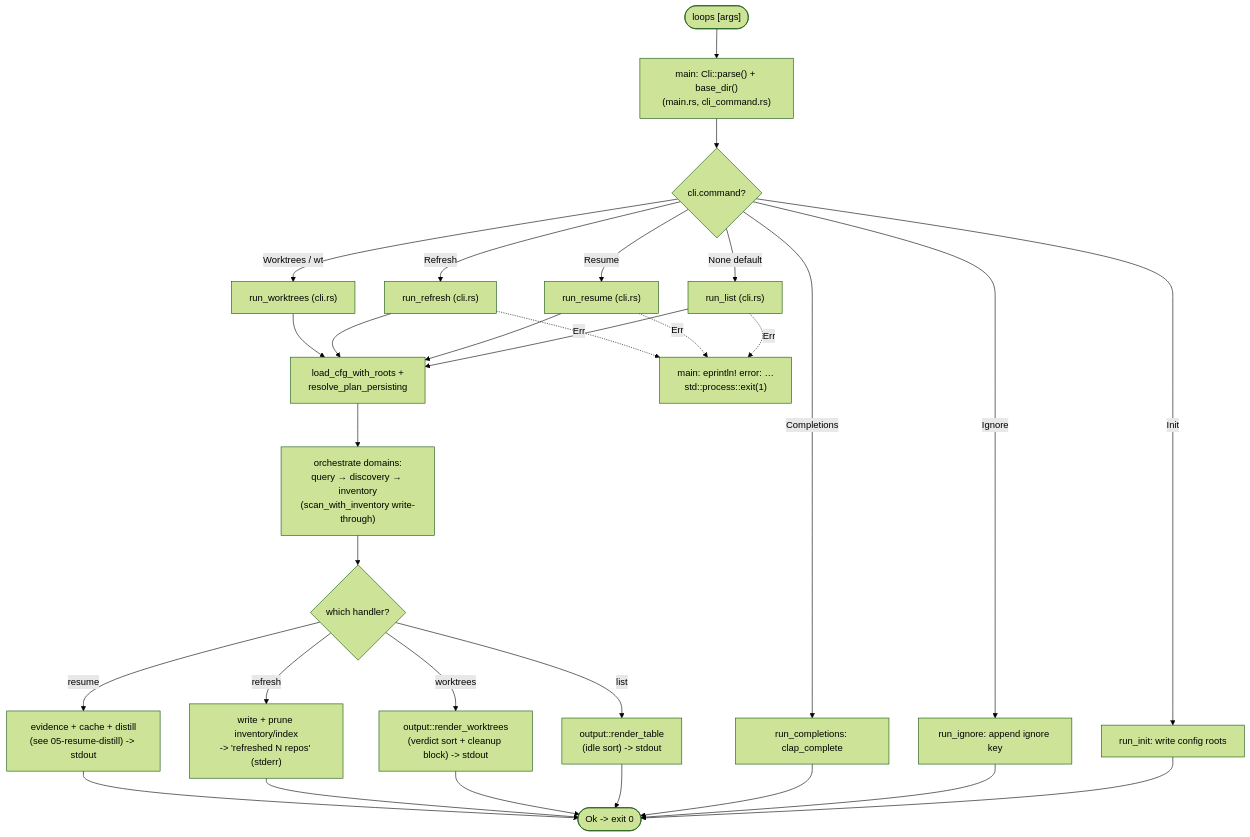
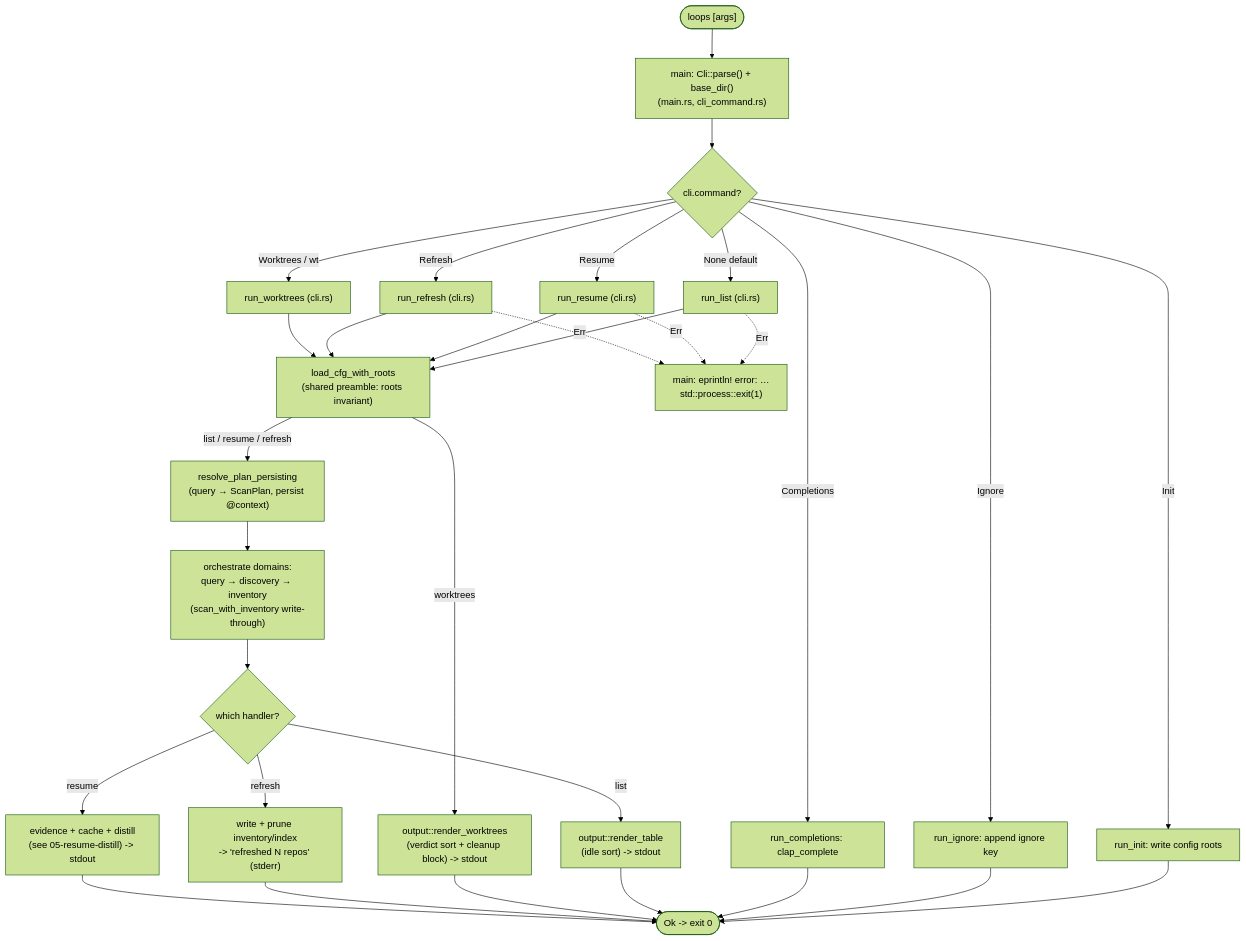
The diagram in docs/architecture/08-cli-output.md (carvalhosauro/open-loops), drawn with Mermaid (forest theme) before and after one commit. The commit also changed other lines of this file, not shown here.

Commit message:
docs(arch): address review fixes for cli-output
Split the Main flow Mermaid preamble node so it reflects the real
control flow: all four scanning handlers pass through load_cfg_with_roots,
but only list/resume/refresh continue into resolve_plan_persisting, while
worktrees branches straight to render_worktrees (run_worktrees never calls
resolve_plan_persisting). Also point the Domain map cli_command.rs link at
the `pub struct Cli` declaration (:8) so the line agrees with the
description and the References section.

````diff
--- a/docs/architecture/08-cli-output.md
+++ b/docs/architecture/08-cli-output.md
@@ -102,38 +102,40 @@
 ```mermaid
 flowchart TD
     proc(["loops [args]"]) --> parse["main: Cli::parse() + base_dir()<br/>(main.rs, cli_command.rs)"]
     parse --> dispatch{cli.command?}
 
     dispatch -->|None default| list["run_list (cli.rs)"]
     dispatch -->|Init| init["run_init: write config roots"]
     dispatch -->|Resume| resume["run_resume (cli.rs)"]
     dispatch -->|Ignore| ignore["run_ignore: append ignore key"]
     dispatch -->|Worktrees / wt| wt["run_worktrees (cli.rs)"]
     dispatch -->|Completions| comp["run_completions: clap_complete"]
     dispatch -->|Refresh| refresh["run_refresh (cli.rs)"]
 
-    list --> preamble["load_cfg_with_roots +<br/>resolve_plan_persisting"]
-    resume --> preamble
-    refresh --> preamble
-    wt --> preamble
+    list --> loadcfg["load_cfg_with_roots<br/>(shared preamble: roots invariant)"]
+    resume --> loadcfg
+    refresh --> loadcfg
+    wt --> loadcfg
 
-    preamble --> domains["orchestrate domains:<br/>query → discovery → inventory<br/>(scan_with_inventory write-through)"]
+    loadcfg -->|list / resume / refresh| resolveplan["resolve_plan_persisting<br/>(query → ScanPlan, persist @context)"]
+    loadcfg -->|worktrees| rwt["output::render_worktrees<br/>(verdict sort + cleanup block) -> stdout"]
+
+    resolveplan --> domains["orchestrate domains:<br/>query → discovery → inventory<br/>(scan_with_inventory write-through)"]
 
     domains --> kind{which handler?}
     kind -->|list| rtable["output::render_table<br/>(idle sort) -> stdout"]
-    kind -->|worktrees| rwt["output::render_worktrees<br/>(verdict sort + cleanup block) -> stdout"]
     kind -->|refresh| rprune["write + prune inventory/index<br/>-> 'refreshed N repos' (stderr)"]
     kind -->|resume| rresume["evidence + cache + distill<br/>(see 05-resume-distill) -> stdout"]
 
     init --> ok([Ok -> exit 0])
     ignore --> ok
     comp --> ok
     rtable --> ok
     rwt --> ok
     rprune --> ok
     rresume --> ok
 
     list -. Err .-> errsink["main: eprintln! error: …<br/>std::process::exit(1)"]
     resume -. Err .-> errsink
     refresh -. Err .-> errsink
 ```
````
